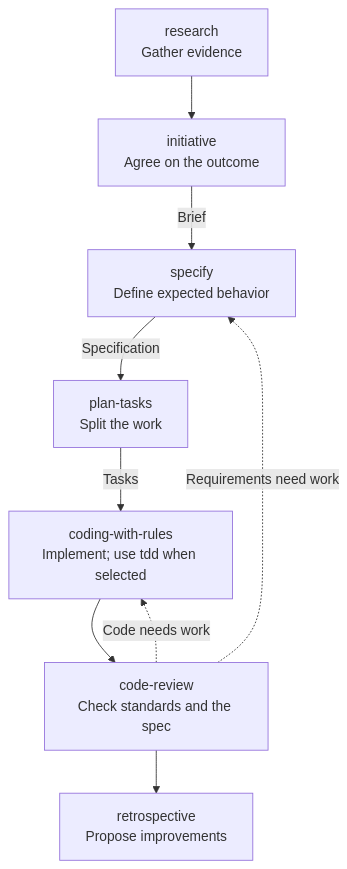
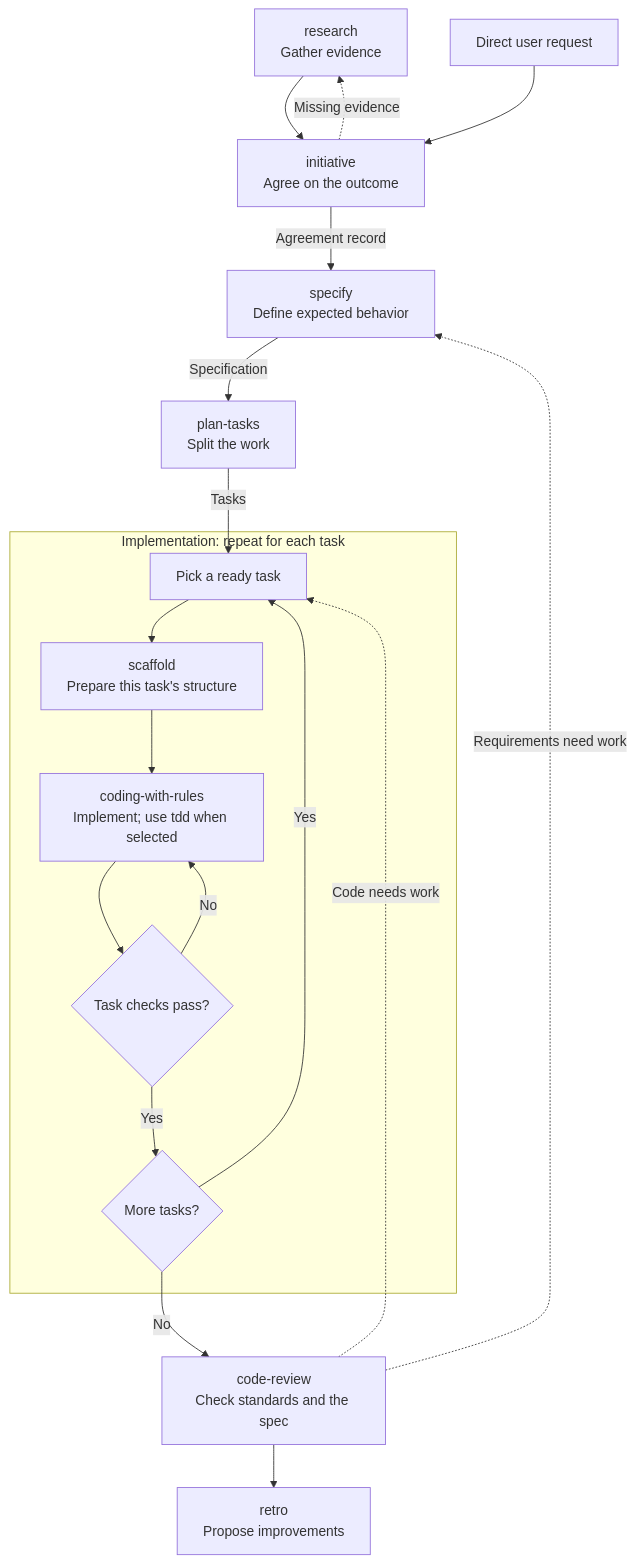
One commit to dragoscirjan/ai changed the first of 2 diagrams in README.md. Above: the diagram before and after it, drawn with Mermaid. The commit also changed other lines of this file and 31 other files, not shown here.

````diff
--- a/README.md
+++ b/README.md
@@ -45,11 +49,21 @@
 ```mermaid
 flowchart TD
     R["research<br/>Gather evidence"] --> I["initiative<br/>Agree on the outcome"]
-    I -->|Brief| S["specify<br/>Define expected behavior"]
+    U["Direct user request"] --> I
+    I -->|Agreement record| S["specify<br/>Define expected behavior"]
     S -->|Specification| P["plan-tasks<br/>Split the work"]
-    P -->|Tasks| C["coding-with-rules<br/>Implement; use tdd when selected"]
-    C --> V["code-review<br/>Check standards and the spec"]
-    V --> T["retrospective<br/>Propose improvements"]
-    V -. Code needs work .-> C
+    P -->|Tasks| N
+    subgraph TASKS["Implementation: repeat for each task"]
+        N["Pick a ready task"] --> F["scaffold<br/>Prepare this task's structure"]
+        F --> C["coding-with-rules<br/>Implement; use tdd when selected"]
+        C --> K{"Task checks pass?"}
+        K -->|No| C
+        K -->|Yes| M{"More tasks?"}
+        M -->|Yes| N
+    end
+    M -->|No| V["code-review<br/>Check standards and the spec"]
+    V --> T["retro<br/>Propose improvements"]
+    V -. Code needs work .-> N
     V -. Requirements need work .-> S
+    I -. Missing evidence .-> R
 ```
````
